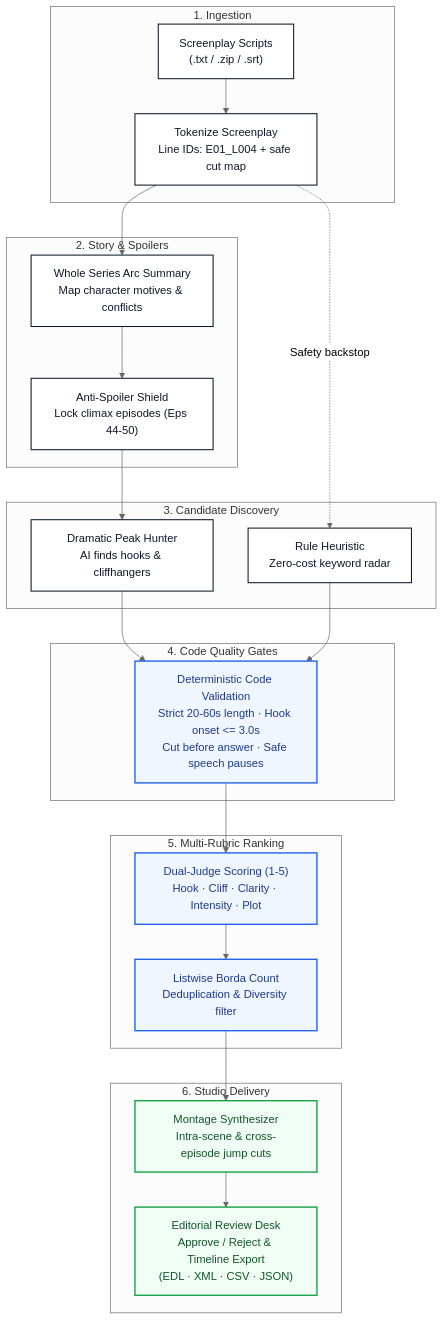
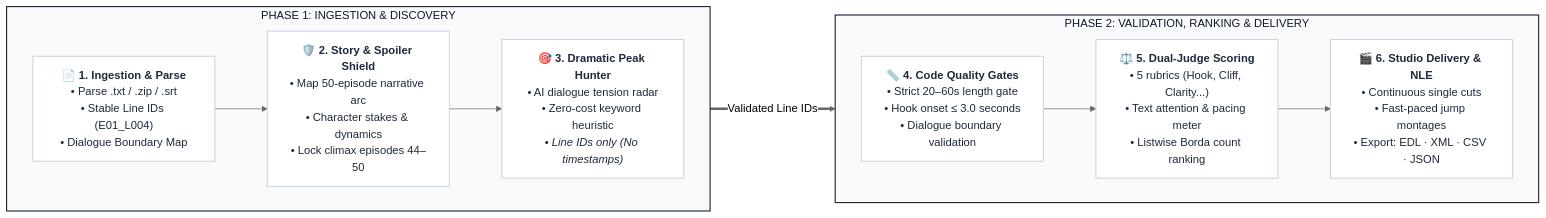
Before and after one commit to krishna5632/HookScene: the diagram in README.md, drawn with Mermaid (neutral theme). The commit also changed other lines of this file, not shown here.

Commit message:
docs(readme): redesign pipeline architecture diagram with balanced two-phase layout

````diff
--- a/README.md
+++ b/README.md
@@ -41,39 +41,25 @@
 ```mermaid
-flowchart TD
-    subgraph IN["1. Ingestion"]
-        A["Screenplay Scripts<br/>(.txt / .zip / .srt)"] --> B["Tokenize Screenplay<br/>Line IDs: E01_L004 + safe cut map"]
+flowchart LR
+    subgraph PHASE1 ["PHASE 1: INGESTION & DISCOVERY"]
+        direction LR
+        S1["📄 <b>1. Ingestion & Parse</b><br/>• Parse .txt / .zip / .srt<br/>• Stable Line IDs (E01_L004)<br/>• Dialogue Boundary Map"]
+        S2["🛡️ <b>2. Story & Spoiler Shield</b><br/>• Map 50-episode narrative arc<br/>• Character stakes & dynamics<br/>• Lock climax episodes 44–50"]
+        S3["🎯 <b>3. Dramatic Peak Hunter</b><br/>• AI dialogue tension radar<br/>• Zero-cost keyword heuristic<br/>• <i>Line IDs only (No timestamps)</i>"]
+        S1 --> S2 --> S3
     end
 
-    subgraph SAFETY["2. Story & Spoilers"]
-        B --> C["Whole Series Arc Summary<br/>Map character motives & conflicts"]
-        C --> D["Anti-Spoiler Shield<br/>Lock climax episodes (Eps 44-50)"]
+    subgraph PHASE2 ["PHASE 2: VALIDATION, RANKING & DELIVERY"]
+        direction LR
+        S4["📏 <b>4. Code Quality Gates</b><br/>• Strict 20–60s length gate<br/>• Hook onset ≤ 3.0 seconds<br/>• Dialogue boundary validation"]
+        S5["⚖️ <b>5. Dual-Judge Scoring</b><br/>• 5 rubrics (Hook, Cliff, Clarity...)<br/>• Text attention & pacing meter<br/>• Listwise Borda count ranking"]
+        S6["🎬 <b>6. Studio Delivery & NLE</b><br/>• Continuous single cuts<br/>• Fast-paced jump montages<br/>• Export: EDL · XML · CSV · JSON"]
+        S4 --> S5 --> S6
     end
 
-    subgraph DISCOVERY["3. Candidate Discovery"]
-        D --> E["Dramatic Peak Hunter<br/>AI finds hooks & cliffhangers"]
-        B -. "Safety backstop" .-> F["Rule Heuristic<br/>Zero-cost keyword radar"]
-    end
+    S3 ==>|"Validated Line IDs"| S4
 
-    subgraph CODE_GATES["4. Code Quality Gates"]
-        E --> G["Deterministic Code Validation<br/>Strict 20-60s length · Hook onset <= 3.0s<br/>Cut before answer · Safe speech pauses"]
-        F --> G
-    end
-
-    subgraph SCORING["5. Multi-Rubric Ranking"]
-        G --> H["Dual-Judge Scoring (1-5)<br/>Hook · Cliff · Clarity · Intensity · Plot"]
-        H --> I["Listwise Borda Count<br/>Deduplication & Diversity filter"]
-    end
-
-    subgraph EXPORT["6. Studio Delivery"]
-        I --> J["Montage Synthesizer<br/>Intra-scene & cross-episode jump cuts"]
-        J --> K["Editorial Review Desk<br/>Approve / Reject & Timeline Export<br/>(EDL · XML · CSV · JSON)"]
-    end
-
-    classDef stage fill:#FFFFFF,stroke:#0F172A,stroke-width:1.5px,color:#0F172A;
-    classDef gate fill:#EFF6FF,stroke:#2563EB,stroke-width:2px,color:#1E3A8A;
-    classDef delivery fill:#F0FDF4,stroke:#16A34A,stroke-width:2px,color:#14532D;
-
-    class A,B,C,D,E,F stage;
-    class G,H,I gate;
-    class J,K delivery;
+    classDef phase fill:#F8FAFC,stroke:#0F172A,stroke-width:1.5px,color:#0F172A;
+    classDef card fill:#FFFFFF,stroke:#CBD5E1,stroke-width:1.5px,color:#1E293B;
+    class PHASE1,PHASE2 phase;
+    class S1,S2,S3,S4,S5,S6 card;
 ```
````
